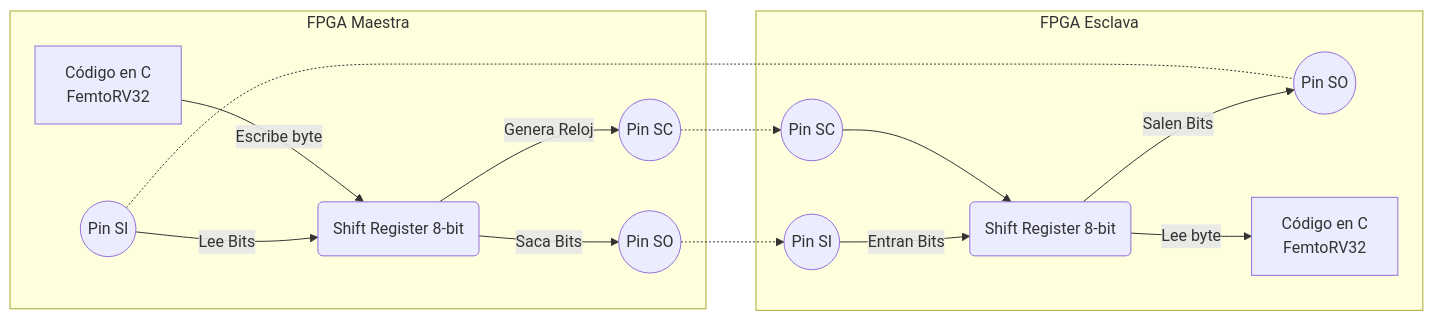
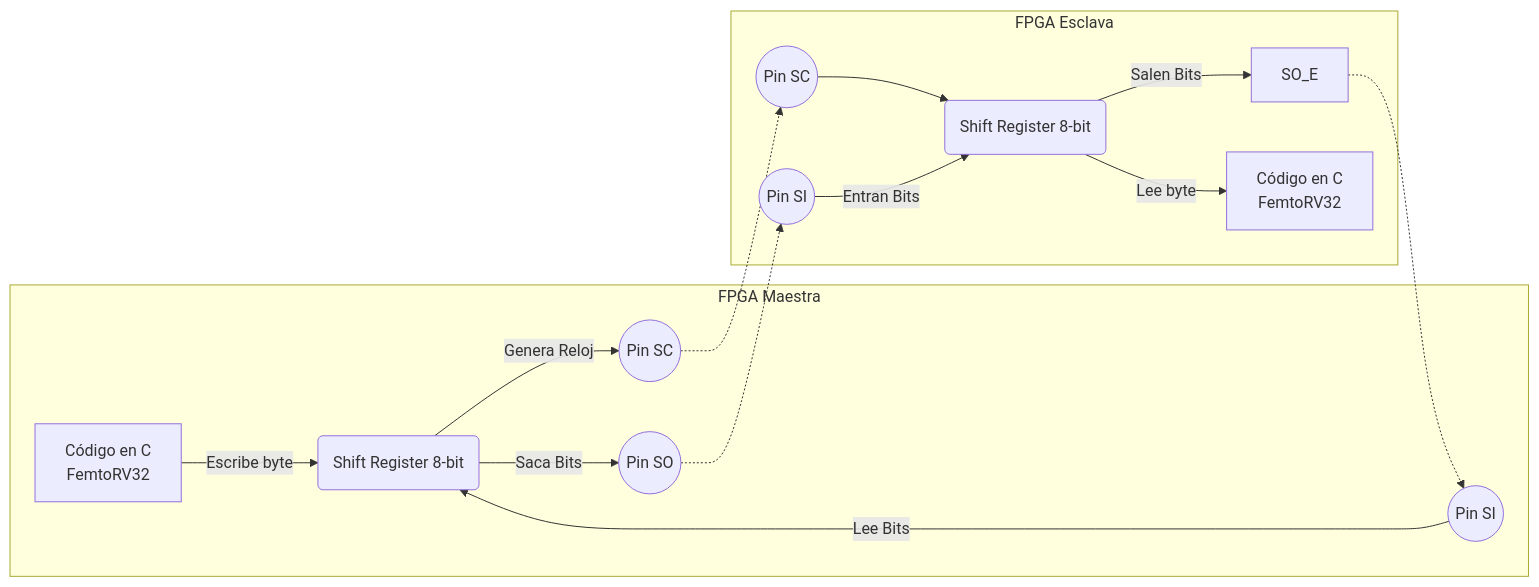
One commit to KUBIX2026/MultijugadorRed changed the second of 4 diagrams in Protocolo.md. Above: the diagram before and after it, drawn with Mermaid. The commit also changed other lines of this file, not shown here.

Commit message:
Update communication diagram and descriptions in Protocolo.md

````diff
--- a/Protocolo.md
+++ b/Protocolo.md
@@ -61,20 +61,20 @@
 ```mermaid
 flowchart LR
     subgraph FPGA Maestra
-        C1[Código en C\nFemtoRV32] -->|Escribe byte| TX1(Shift Register 8-bit)
-        TX1 -->|Genera Reloj| SC_Pin((Pin SC))
-        TX1 -->|Saca Bits| SO_Pin((Pin SO))
-        SI_Pin((Pin SI)) -->|Lee Bits| TX1
+        C1["Código en C\nFemtoRV32"] -->|"Escribe byte"| TX1("Shift Register 8-bit")
+        TX1 -->|"Genera Reloj"| SC_Pin(("Pin SC"))
+        TX1 -->|"Saca Bits"| SO_Pin(("Pin SO"))
+        SI_Pin(("Pin SI")) -->|"Lee Bits"| TX1
     end
 
-    SC_Pin -.-> SC_E((Pin SC))
-    SO_Pin -.-> SI_E((Pin SI))
-    SI_Pin <-.- SO_E((Pin SO))
+    SC_Pin -.-> SC_E(("Pin SC"))
+    SO_Pin -.-> SI_E(("Pin SI"))
+    SO_E -.-> SI_Pin
 
     subgraph FPGA Esclava
-        SC_E --> TX2(Shift Register 8-bit)
-        SI_E -->|Entran Bits| TX2
-        TX2 -->|Salen Bits| SO_E
-        TX2 -->|Lee byte| C2[Código en C\nFemtoRV32]
+        SC_E --> TX2("Shift Register 8-bit")
+        SI_E -->|"Entran Bits"| TX2
+        TX2 -->|"Salen Bits"| SO_E
+        TX2 -->|"Lee byte"| C2["Código en C\nFemtoRV32"]
     end
 ```
````
